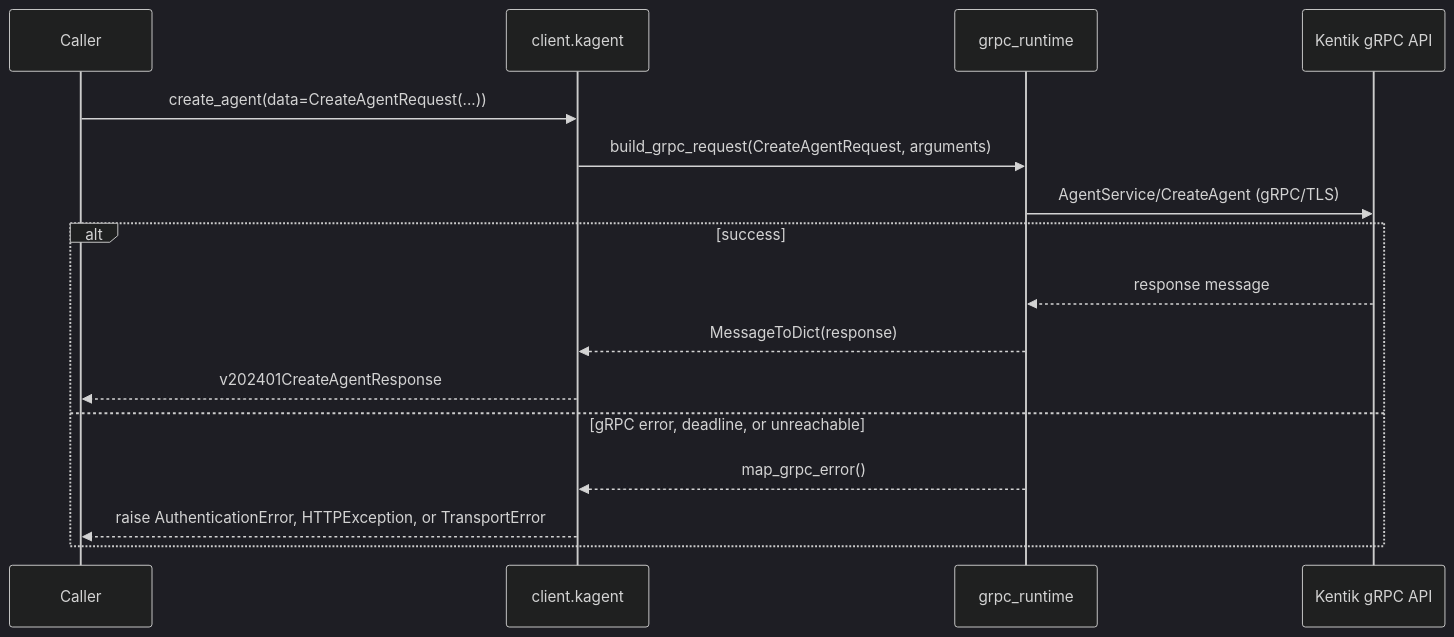
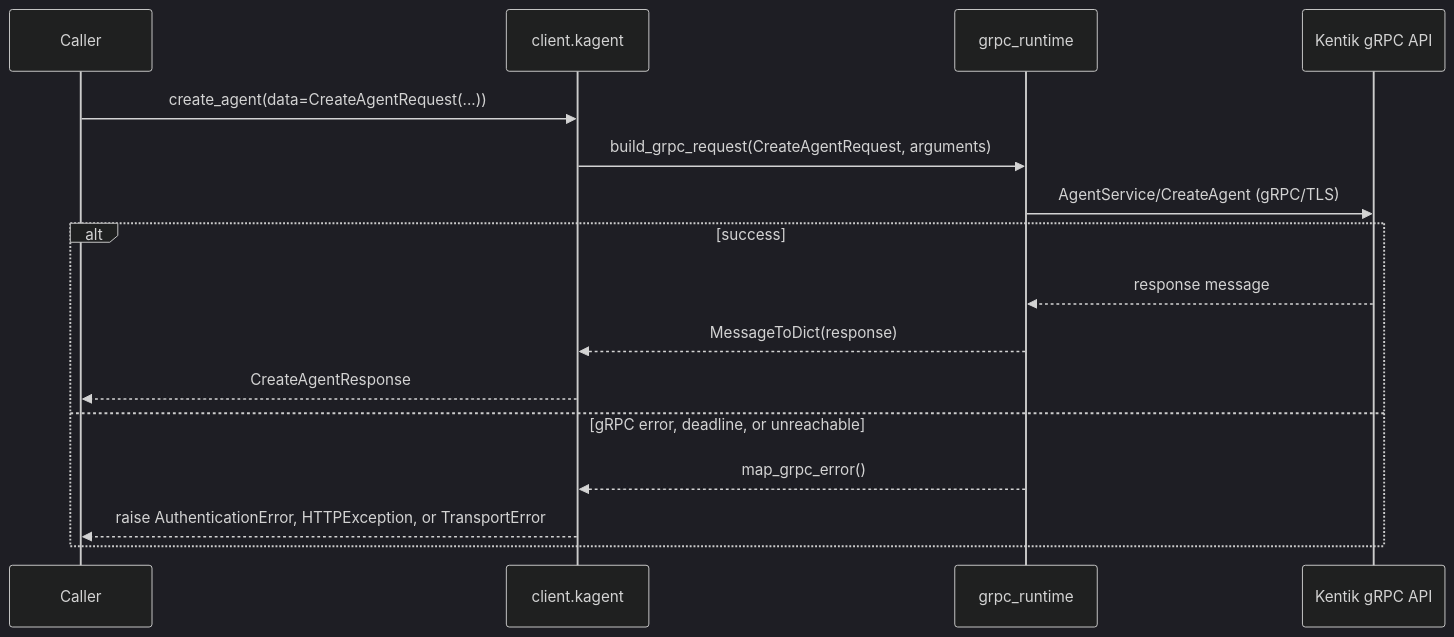
One commit to alexdearaujo/community_sdk_python changed the fifth of 58 diagrams in docs/sphinx/services/kagent.md. Above: the diagram before and after it, drawn with Mermaid (dark theme). The commit also changed other lines of this file and 38 other files, not shown here.

````diff
--- a/docs/sphinx/services/kagent.md
+++ b/docs/sphinx/services/kagent.md
@@ -138,19 +138,19 @@
 ```mermaid
 sequenceDiagram
     participant C as Caller
     participant W as client.kagent
     participant R as grpc_runtime
     participant API as Kentik gRPC API
 
     C->>W: create_agent(data=CreateAgentRequest(...))
     W->>R: build_grpc_request(CreateAgentRequest, arguments)
     R->>API: AgentService/CreateAgent (gRPC/TLS)
     alt success
         API-->>R: response message
         R-->>W: MessageToDict(response)
-        W-->>C: v202401CreateAgentResponse
+        W-->>C: CreateAgentResponse
     else gRPC error, deadline, or unreachable
         R-->>W: map_grpc_error()
         W-->>C: raise AuthenticationError, HTTPException, or TransportError
     end
 ```
````
